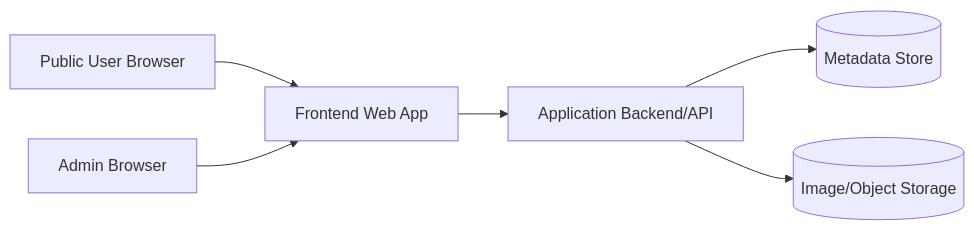
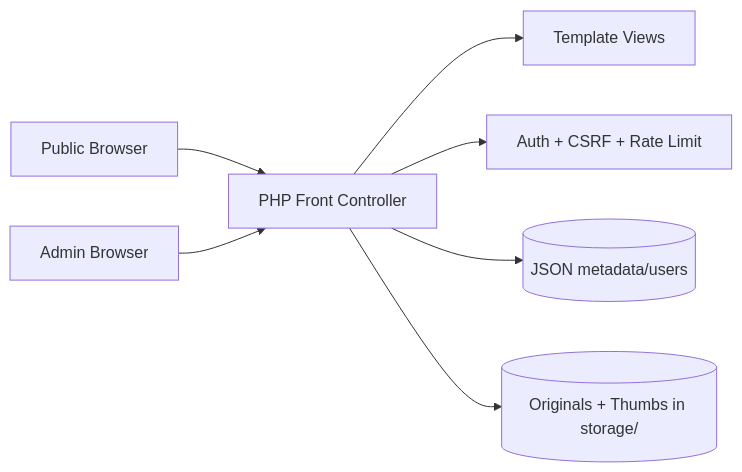
The third of 3 diagrams in README.md (smeird/images), drawn with Mermaid before and after one commit. The commit also changed other lines of this file and 19 other files, not shown here.

````diff
--- a/README.md
+++ b/README.md
@@ -86,8 +91,9 @@
 ```mermaid
 graph LR
-  U[Public User Browser] --> FE[Frontend Web App]
-  A[Admin Browser] --> FE
-  FE --> API[Application Backend/API]
-  API --> DB[(Metadata Store)]
-  API --> OBJ[(Image/Object Storage)]
+  U[Public Browser] --> APP[PHP Front Controller]
+  A[Admin Browser] --> APP
+  APP --> VIEWS[Template Views]
+  APP --> SEC[Auth + CSRF + Rate Limit]
+  APP --> DATA[(JSON metadata/users)]
+  APP --> IMG[(Originals + Thumbs in storage/)]
 ```
````
